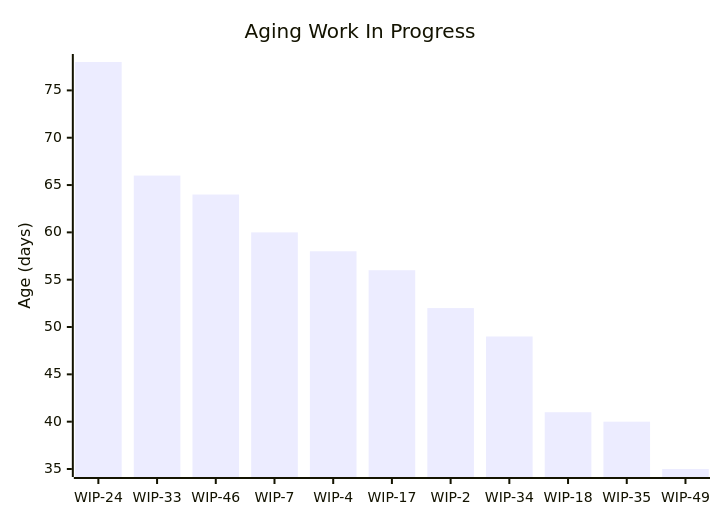
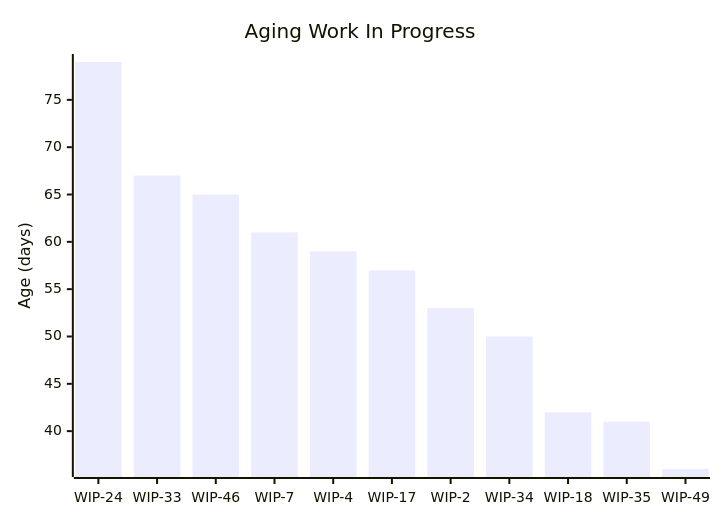
Before and after one commit to cbroult/predictability-engine: the first of 5 diagrams in data/samples/reports/sample_data_large/types/Improvement.md, drawn with Mermaid. The commit also changed other lines of this file and 74 other files, not shown here.

````diff
--- a/data/samples/reports/sample_data_large/types/Improvement.md
+++ b/data/samples/reports/sample_data_large/types/Improvement.md
@@ -30,7 +30,7 @@
 ```mermaid
 xychart-beta
     title "Aging Work In Progress"
     x-axis ["WIP-24", "WIP-33", "WIP-46", "WIP-7", "WIP-4", "WIP-17", "WIP-2", "WIP-34", "WIP-18", "WIP-35", "WIP-49"]
     y-axis "Age (days)"
-    bar "Age" [78, 66, 64, 60, 58, 56, 52, 49, 41, 40, 35]
+    bar "Age" [79, 67, 65, 61, 59, 57, 53, 50, 42, 41, 36]
 ```
````
